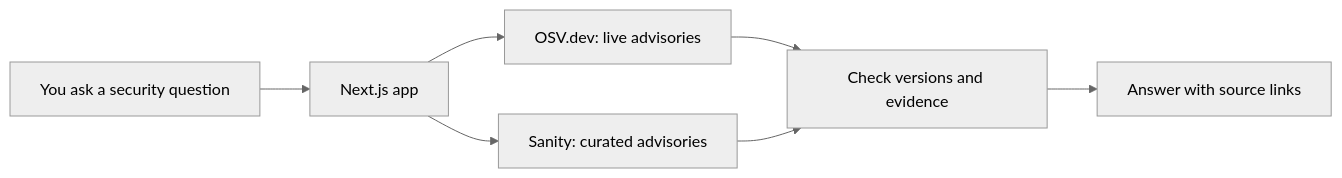
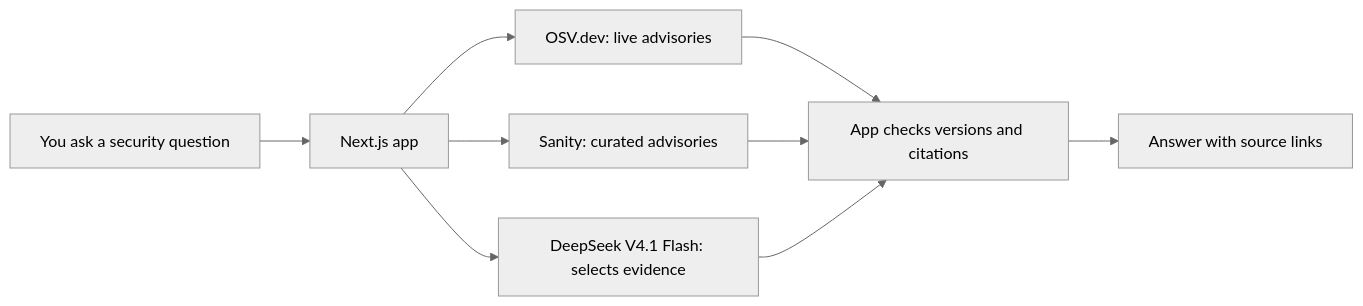
The diagram in README.md (romilp619/ai-security-advisory-assistant), drawn with Mermaid (neutral theme) before and after one commit. The commit also changed other lines of this file, not shown here.

Commit message:
Show model role in architecture diagram

````diff
--- a/README.md
+++ b/README.md
@@ -93,9 +93,11 @@
 ```mermaid
 flowchart LR
   User["You ask a security question"] --> App["Next.js app"]
   App --> Live["OSV.dev: live advisories"]
   App --> Curated["Sanity: curated advisories"]
-  Live --> Check["Check versions and evidence"]
+  App --> Model["DeepSeek V4.1 Flash: selects evidence"]
+  Live --> Check["App checks versions and citations"]
   Curated --> Check
+  Model --> Check
   Check --> Answer["Answer with source links"]
 ```
````
